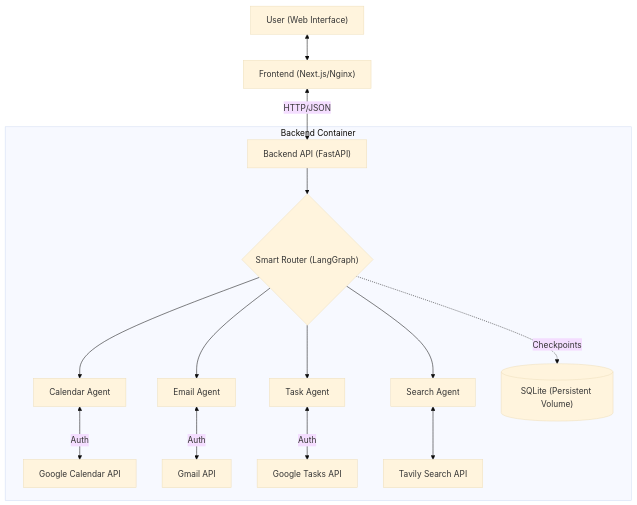
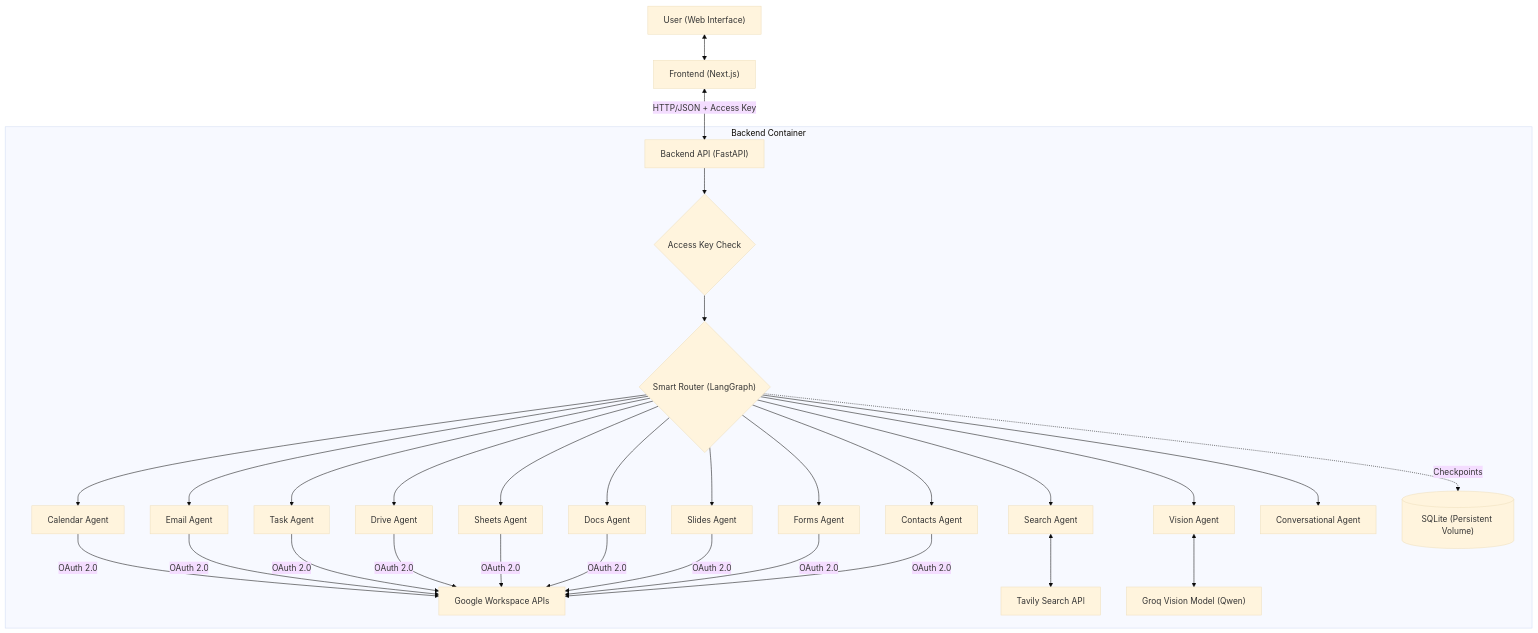
One commit to jeorgeiiii/mi-ai-assistant changed the diagram in README.md. Above: the diagram before and after it, drawn with Mermaid (base theme). The commit also changed other lines of this file and 19 other files, not shown here.

First line of the commit message:
feat: expand assistant to full Google Workspace ecosystem + vision, security, and UI overhaul

````diff
--- a/README.md
+++ b/README.md
@@ -81,23 +81,30 @@
 ```mermaid
 graph TD
-    User["User (Web Interface)"] <--> Frontend["Frontend (Next.js/Nginx)"];
-    Frontend <-->|HTTP/JSON| Backend["Backend API (FastAPI)"];
-    
+    User["User (Web Interface)"] <--> Frontend["Frontend (Next.js)"];
+    Frontend <-->|HTTP/JSON + Access Key| Backend["Backend API (FastAPI)"];
+
     subgraph "Backend Container"
-        Router{"Smart Router (LangGraph)"};
-        Backend --> Router;
-        
+        Backend --> Gate{"Access Key Check"};
+        Gate --> Router{"Smart Router (LangGraph)"};
+
         Router --> Calendar[Calendar Agent];
         Router --> Email[Email Agent];
+        Router --> Tasks[Task Agent];
+        Router --> Drive[Drive Agent];
+        Router --> Sheets[Sheets Agent];
+        Router --> Docs[Docs Agent];
+        Router --> Slides[Slides Agent];
+        Router --> Forms[Forms Agent];
+        Router --> Contacts[Contacts Agent];
         Router --> Search[Search Agent];
-        Router --> Tasks[Task Agent];
-        
-        Calendar <-->|Auth| GCal["Google Calendar API"];
-        Email <-->|Auth| GMail["Gmail API"];
-        Tasks <-->|Auth| GTasks["Google Tasks API"];
+        Router --> Vision[Vision Agent];
+        Router --> Conversational[Conversational Agent];
+
+        Calendar & Email & Tasks & Drive & Sheets & Docs & Slides & Forms & Contacts -->|OAuth 2.0| GoogleAPIs["Google Workspace APIs"];
         Search <--> Tavily["Tavily Search API"];
-        
+        Vision <--> GroqVision["Groq Vision Model (Qwen)"];
+
         DB[("SQLite (Persistent Volume)")]
         Router -.->|Checkpoints| DB
     end
 ```
````
